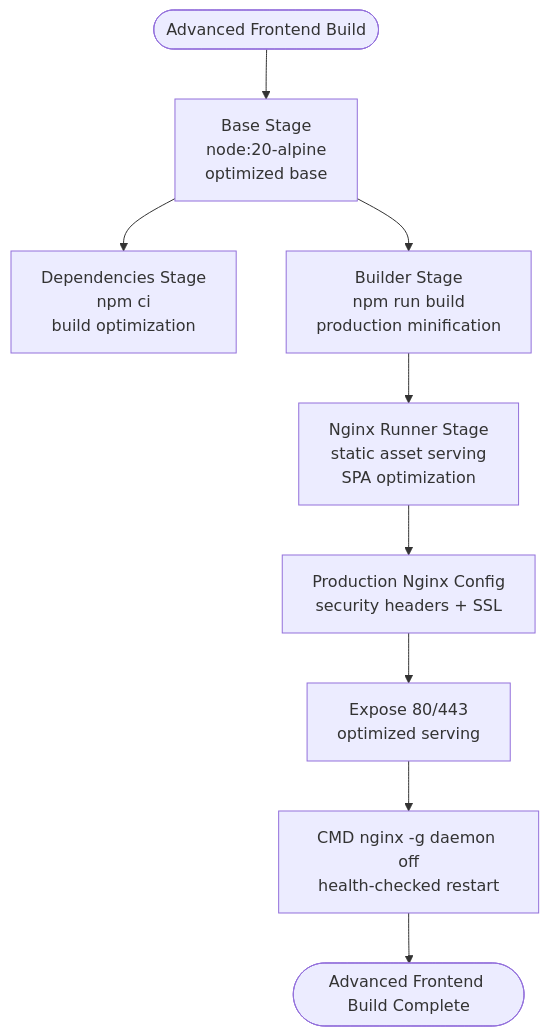
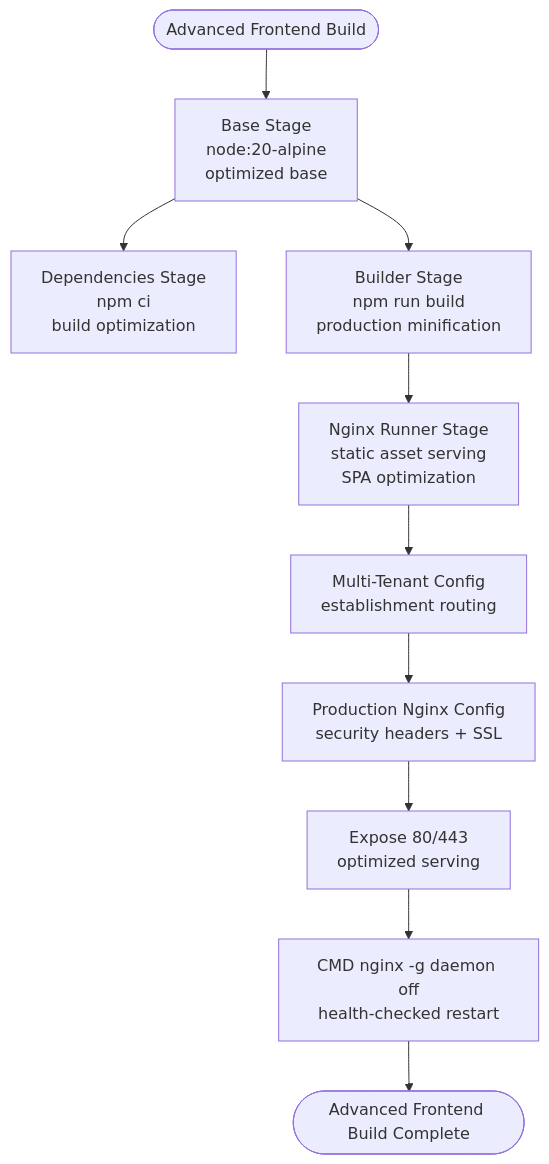
Before and after one commit to franckylab/eLISAschool: the fourth of 5 diagrams in .qoder/repowiki/en/content/Deployment & Docker Configuration.md, drawn with Mermaid. The commit also changed other lines of this file and 281 other files, not shown here.

````diff
--- a/.qoder/repowiki/en/content/Deployment & Docker Configuration.md
+++ b/.qoder/repowiki/en/content/Deployment & Docker Configuration.md
@@ -210,11 +452,12 @@
 ```mermaid
 flowchart TD
 StartF(["Advanced Frontend Build"]) --> BaseF["Base Stage<br/>node:20-alpine<br/>optimized base"]
 BaseF --> DepsF["Dependencies Stage<br/>npm ci<br/>build optimization"]
 BaseF --> BuilderF["Builder Stage<br/>npm run build<br/>production minification"]
 BuilderF --> NginxF["Nginx Runner Stage<br/>static asset serving<br/>SPA optimization"]
-NginxF --> Conf["Production Nginx Config<br/>security headers + SSL"]
+NginxF --> MTConfigF["Multi-Tenant Config<br/>establishment routing"]
+MTConfigF --> Conf["Production Nginx Config<br/>security headers + SSL"]
 Conf --> ExposeF["Expose 80/443<br/>optimized serving"]
 ExposeF --> CmdF["CMD nginx -g daemon off<br/>health-checked restart"]
 CmdF --> EndF(["Advanced Frontend Build Complete"])
 ```
````
